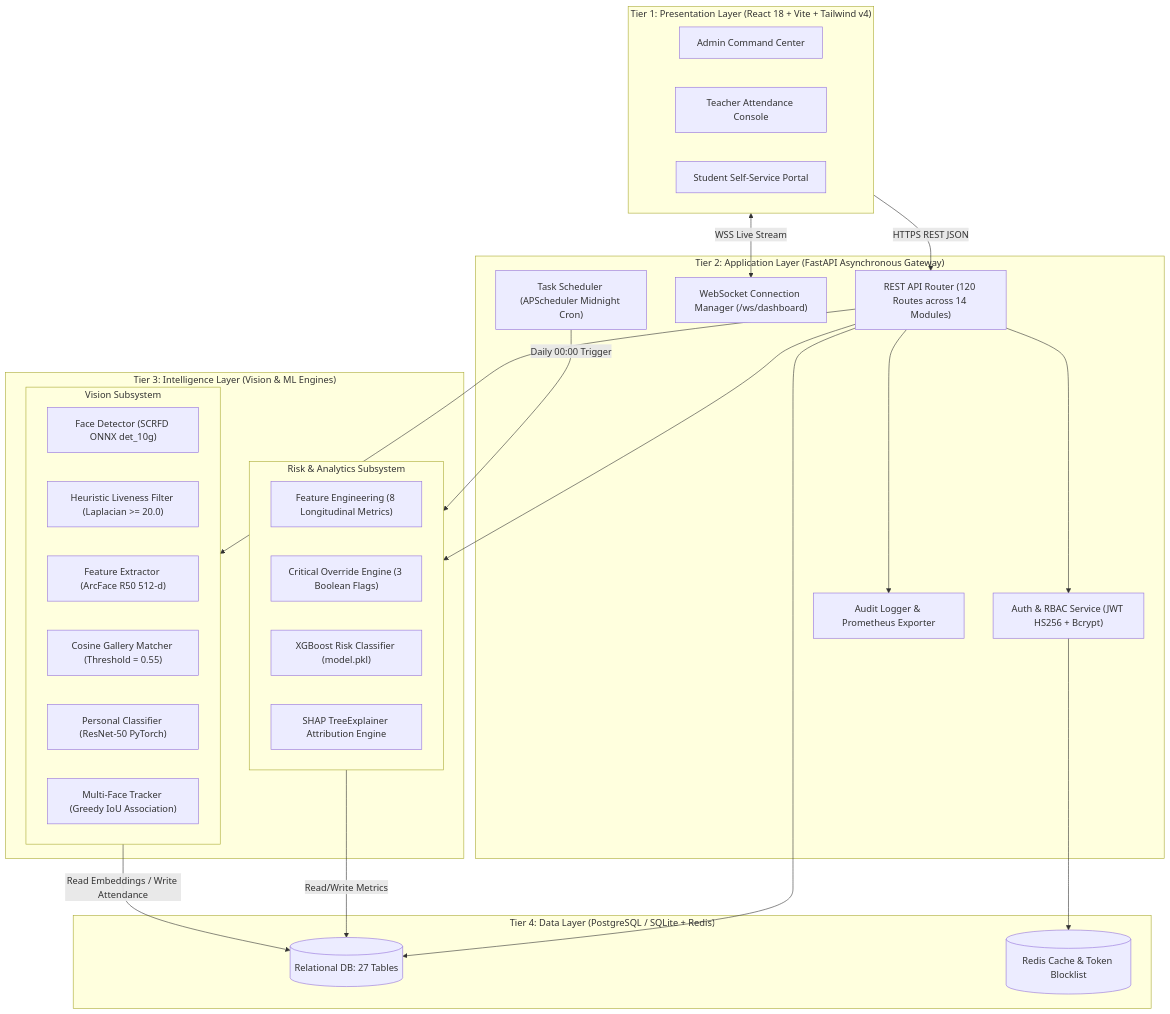
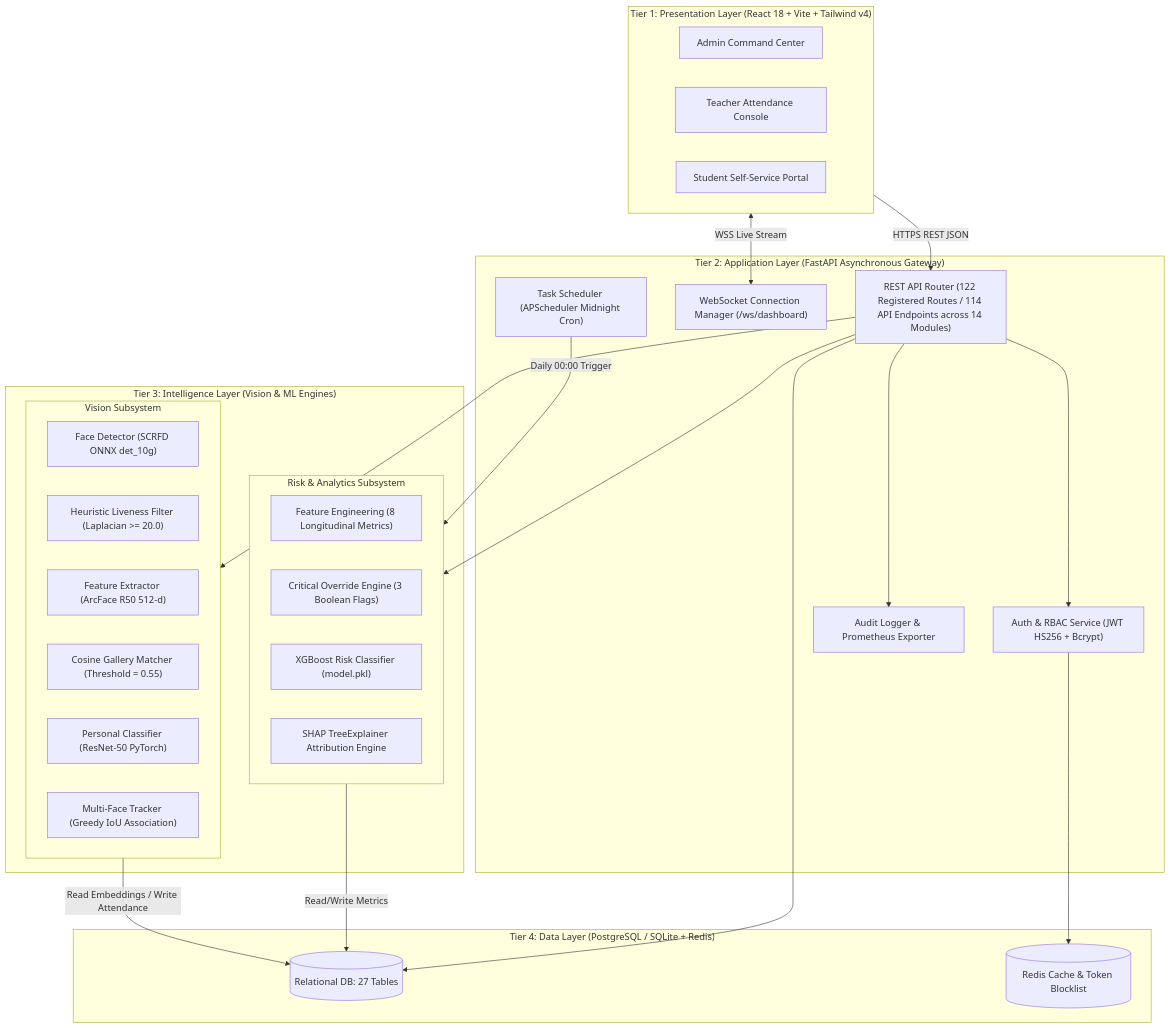
Before and after one commit to M0hammedAyan/AI-Classroom-Intelligent-System: the first of 5 diagrams in REPORT_ch4.md, drawn with Mermaid. The commit also changed other lines of this file and 57 other files, not shown here.

````diff
--- a/REPORT_ch4.md
+++ b/REPORT_ch4.md
@@ -6,51 +6,51 @@
 ```mermaid
 graph TD
     subgraph Presentation_Tier ["Tier 1: Presentation Layer (React 18 + Vite + Tailwind v4)"]
         UI1["Admin Command Center"]
         UI2["Teacher Attendance Console"]
         UI3["Student Self-Service Portal"]
     end
 
     subgraph Application_Tier ["Tier 2: Application Layer (FastAPI Asynchronous Gateway)"]
-        Gateway["REST API Router (120 Routes across 14 Modules)"]
+        Gateway["REST API Router (122 Registered Routes / 114 API Endpoints across 14 Modules)"]
         AuthService["Auth & RBAC Service (JWT HS256 + Bcrypt)"]
         WSManager["WebSocket Connection Manager (/ws/dashboard)"]
         SchedulerService["Task Scheduler (APScheduler Midnight Cron)"]
         AuditService["Audit Logger & Prometheus Exporter"]
     end
 
     subgraph Intelligence_Tier ["Tier 3: Intelligence Layer (Vision & ML Engines)"]
         subgraph Vision_Subsystem ["Vision Subsystem"]
             SCRFD["Face Detector (SCRFD ONNX det_10g)"]
             Liveness["Heuristic Liveness Filter (Laplacian >= 20.0)"]
             ArcFace["Feature Extractor (ArcFace R50 512-d)"]
             Matcher["Cosine Gallery Matcher (Threshold = 0.55)"]
             ResNetFallback["Personal Classifier (ResNet-50 PyTorch)"]
             Tracker["Multi-Face Tracker (Greedy IoU Association)"]
         end
         subgraph Risk_Subsystem ["Risk & Analytics Subsystem"]
             FeatureEng["Feature Engineering (8 Longitudinal Metrics)"]
             OverrideEngine["Critical Override Engine (3 Boolean Flags)"]
             XGBoostEngine["XGBoost Risk Classifier (model.pkl)"]
             SHAPExplainer["SHAP TreeExplainer Attribution Engine"]
         end
     end
 
     subgraph Data_Tier ["Tier 4: Data Layer (PostgreSQL / SQLite + Redis)"]
         DB[(Relational DB: 27 Tables)]
         Cache[(Redis Cache & Token Blocklist)]
     end
 
     %% Connections
     Presentation_Tier -->|HTTPS REST JSON| Gateway
     Presentation_Tier <-->|WSS Live Stream| WSManager
     Gateway --> AuthService
     Gateway --> AuditService
     Gateway --> Vision_Subsystem
     Gateway --> Risk_Subsystem
     SchedulerService -->|Daily 00:00 Trigger| Risk_Subsystem
     Risk_Subsystem -->|Read/Write Metrics| DB
     Vision_Subsystem -->|Read Embeddings / Write Attendance| DB
     AuthService --> Cache
     Gateway --> DB
 ```
````
